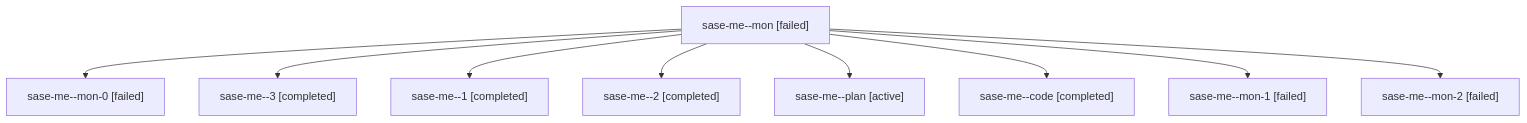
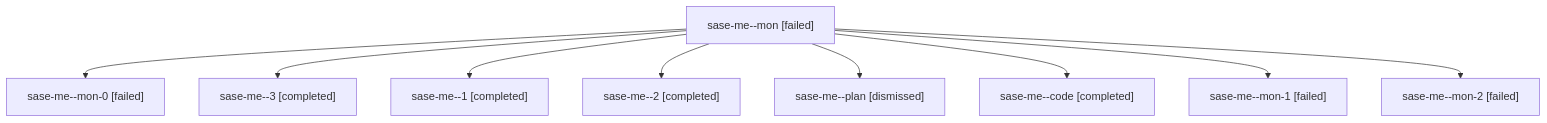
The diagram in sessions/bbugyi200.athena.sase-me.md (sase-org/sase--agents), drawn with Mermaid before and after one commit. The commit also changed other lines of this file and 218 other files, not shown here.

````diff
--- a/sessions/bbugyi200.athena.sase-me.md
+++ b/sessions/bbugyi200.athena.sase-me.md
@@ -9,20 +9,20 @@
 ```mermaid
 flowchart TD
   n0["sase-me--mon [failed]"]
   n1["sase-me--mon-0 [failed]"]
   n0 --> n1
   n2["sase-me--3 [completed]"]
   n0 --> n2
   n3["sase-me--1 [completed]"]
   n0 --> n3
   n4["sase-me--2 [completed]"]
   n0 --> n4
-  n5["sase-me--plan [active]"]
+  n5["sase-me--plan [dismissed]"]
   n0 --> n5
   n6["sase-me--code [completed]"]
   n0 --> n6
   n7["sase-me--mon-1 [failed]"]
   n0 --> n7
   n8["sase-me--mon-2 [failed]"]
   n0 --> n8
 ```
````
